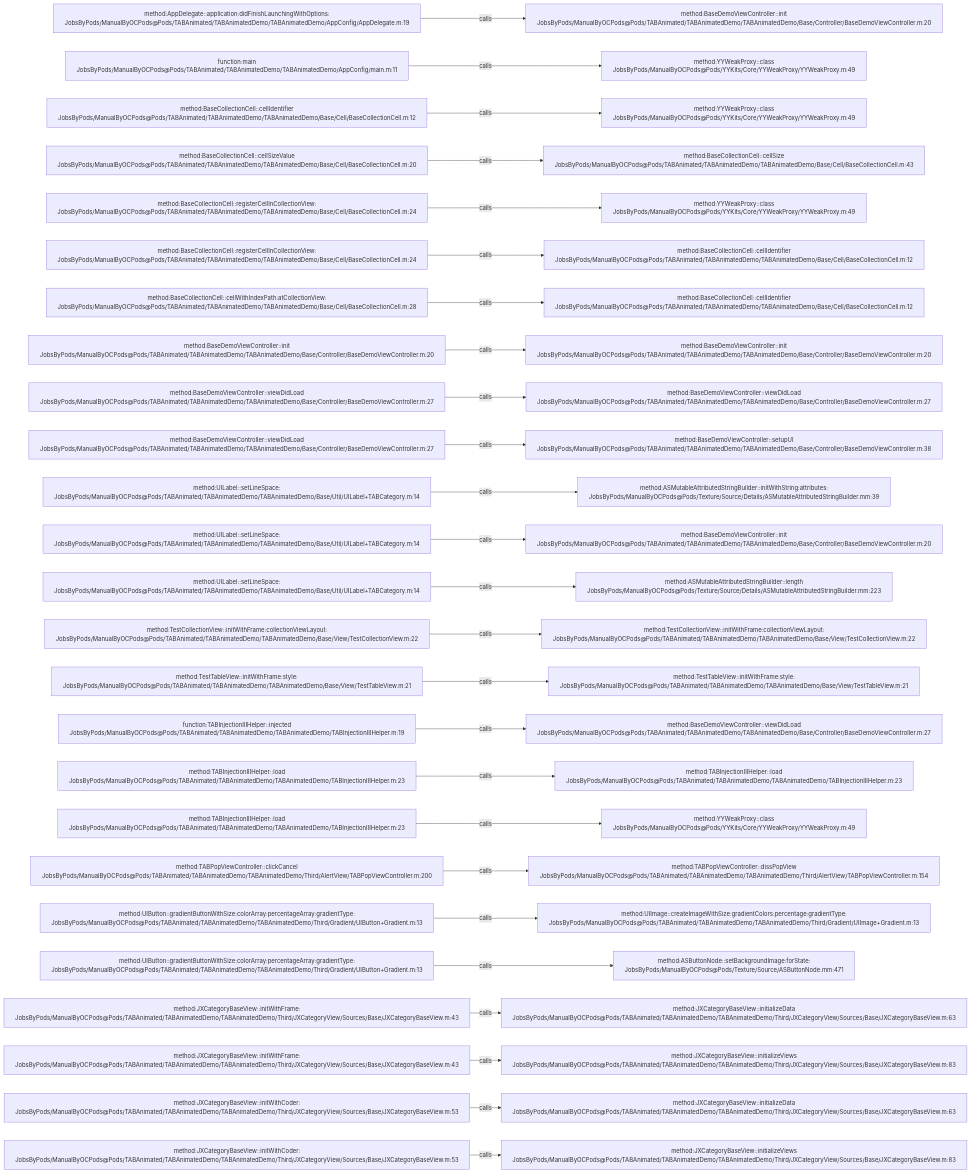
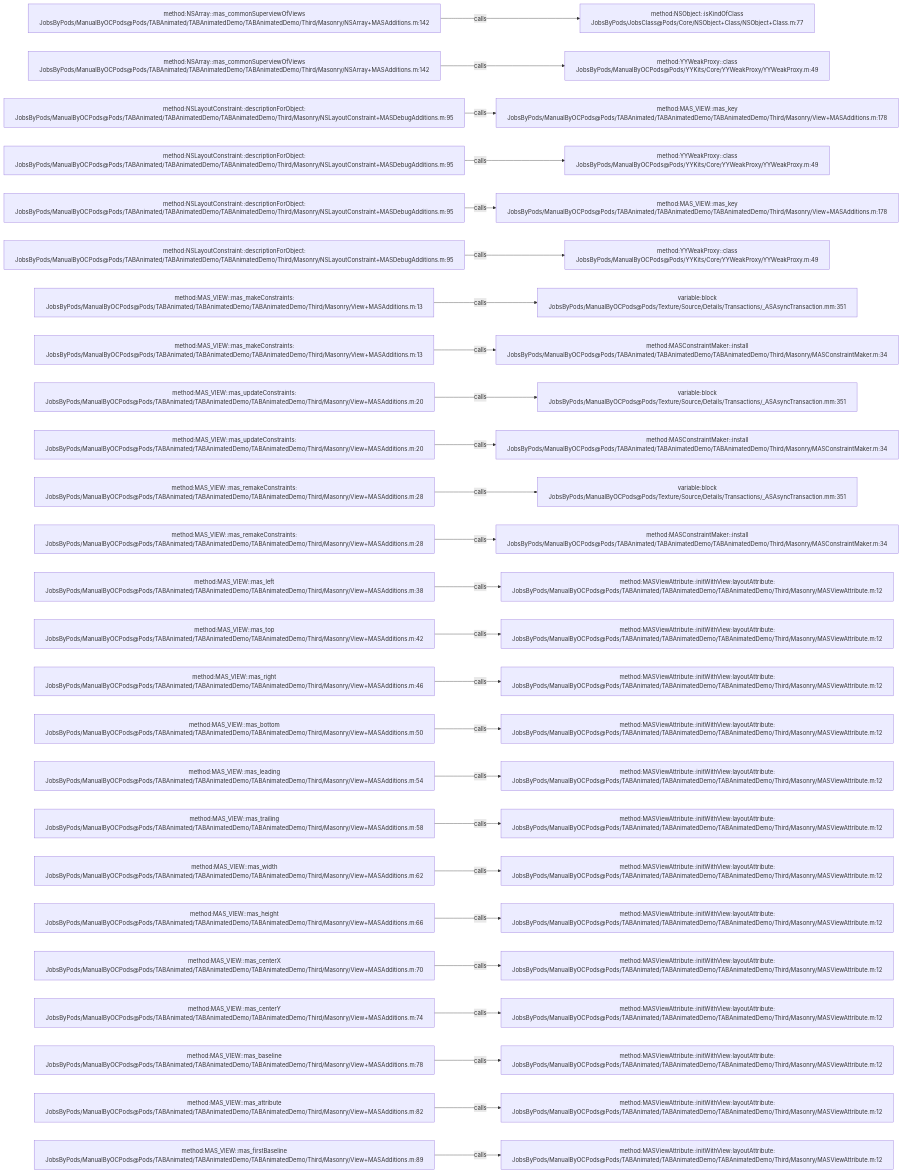
One commit to JobsKits/JobsOCBaseConfigDemo changed the diagram in .codegraph/codegraph.md/graphs/calls-038.md. Above: the diagram before and after it, drawn with Mermaid. The commit also changed 1448 other files, not shown here.

````diff
--- a/.codegraph/codegraph.md/graphs/calls-038.md
+++ b/.codegraph/codegraph.md/graphs/calls-038.md
@@ -13,78 +13,78 @@
 ```mermaid
 flowchart LR
-  S1["method:AppDelegate::application:didFinishLaunchingWithOptions:<br/>JobsByPods/ManualByOCPods@Pods/TABAnimated/TABAnimatedDemo/TABAnimatedDemo/AppConfig/AppDelegate.m:19"]
-  T1["method:BaseDemoViewController::init<br/>JobsByPods/ManualByOCPods@Pods/TABAnimated/TABAnimatedDemo/TABAnimatedDemo/Base/Controller/BaseDemoViewController.m:20"]
+  S1["method:NSArray::mas_commonSuperviewOfViews<br/>JobsByPods/ManualByOCPods@Pods/TABAnimated/TABAnimatedDemo/TABAnimatedDemo/Third/Masonry/NSArray+MASAdditions.m:142"]
+  T1["method:NSObject::isKindOfClass<br/>JobsByPods/JobsClass@Pods/Core/NSObject+Class/NSObject+Class.m:77"]
   S1 -->|calls| T1
-  S2["function:main<br/>JobsByPods/ManualByOCPods@Pods/TABAnimated/TABAnimatedDemo/TABAnimatedDemo/AppConfig/main.m:11"]
+  S2["method:NSArray::mas_commonSuperviewOfViews<br/>JobsByPods/ManualByOCPods@Pods/TABAnimated/TABAnimatedDemo/TABAnimatedDemo/Third/Masonry/NSArray+MASAdditions.m:142"]
   T2["method:YYWeakProxy::class<br/>JobsByPods/ManualByOCPods@Pods/YYKits/Core/YYWeakProxy/YYWeakProxy.m:49"]
   S2 -->|calls| T2
-  S3["method:BaseCollectionCell::cellIdentifier<br/>JobsByPods/ManualByOCPods@Pods/TABAnimated/TABAnimatedDemo/TABAnimatedDemo/Base/Cell/BaseCollectionCell.m:12"]
-  T3["method:YYWeakProxy::class<br/>JobsByPods/ManualByOCPods@Pods/YYKits/Core/YYWeakProxy/YYWeakProxy.m:49"]
+  S3["method:NSLayoutConstraint::descriptionForObject:<br/>JobsByPods/ManualByOCPods@Pods/TABAnimated/TABAnimatedDemo/TABAnimatedDemo/Third/Masonry/NSLayoutConstraint+MASDebugAdditions.m:95"]
+  T3["method:MAS_VIEW::mas_key<br/>JobsByPods/ManualByOCPods@Pods/TABAnimated/TABAnimatedDemo/TABAnimatedDemo/Third/Masonry/View+MASAdditions.m:178"]
   S3 -->|calls| T3
-  S4["method:BaseCollectionCell::cellSizeValue<br/>JobsByPods/ManualByOCPods@Pods/TABAnimated/TABAnimatedDemo/TABAnimatedDemo/Base/Cell/BaseCollectionCell.m:20"]
-  T4["method:BaseCollectionCell::cellSize<br/>JobsByPods/ManualByOCPods@Pods/TABAnimated/TABAnimatedDemo/TABAnimatedDemo/Base/Cell/BaseCollectionCell.m:43"]
+  S4["method:NSLayoutConstraint::descriptionForObject:<br/>JobsByPods/ManualByOCPods@Pods/TABAnimated/TABAnimatedDemo/TABAnimatedDemo/Third/Masonry/NSLayoutConstraint+MASDebugAdditions.m:95"]
+  T4["method:YYWeakProxy::class<br/>JobsByPods/ManualByOCPods@Pods/YYKits/Core/YYWeakProxy/YYWeakProxy.m:49"]
   S4 -->|calls| T4
-  S5["method:BaseCollectionCell::registerCellInCollectionView:<br/>JobsByPods/ManualByOCPods@Pods/TABAnimated/TABAnimatedDemo/TABAnimatedDemo/Base/Cell/BaseCollectionCell.m:24"]
-  T5["method:YYWeakProxy::class<br/>JobsByPods/ManualByOCPods@Pods/YYKits/Core/YYWeakProxy/YYWeakProxy.m:49"]
+  S5["method:NSLayoutConstraint::descriptionForObject:<br/>JobsByPods/ManualByOCPods@Pods/TABAnimated/TABAnimatedDemo/TABAnimatedDemo/Third/Masonry/NSLayoutConstraint+MASDebugAdditions.m:95"]
+  T5["method:MAS_VIEW::mas_key<br/>JobsByPods/ManualByOCPods@Pods/TABAnimated/TABAnimatedDemo/TABAnimatedDemo/Third/Masonry/View+MASAdditions.m:178"]
   S5 -->|calls| T5
-  S6["method:BaseCollectionCell::registerCellInCollectionView:<br/>JobsByPods/ManualByOCPods@Pods/TABAnimated/TABAnimatedDemo/TABAnimatedDemo/Base/Cell/BaseCollectionCell.m:24"]
-  T6["method:BaseCollectionCell::cellIdentifier<br/>JobsByPods/ManualByOCPods@Pods/TABAnimated/TABAnimatedDemo/TABAnimatedDemo/Base/Cell/BaseCollectionCell.m:12"]
+  S6["method:NSLayoutConstraint::descriptionForObject:<br/>JobsByPods/ManualByOCPods@Pods/TABAnimated/TABAnimatedDemo/TABAnimatedDemo/Third/Masonry/NSLayoutConstraint+MASDebugAdditions.m:95"]
+  T6["method:YYWeakProxy::class<br/>JobsByPods/ManualByOCPods@Pods/YYKits/Core/YYWeakProxy/YYWeakProxy.m:49"]
   S6 -->|calls| T6
-  S7["method:BaseCollectionCell::cellWithIndexPath:atCollectionView:<br/>JobsByPods/ManualByOCPods@Pods/TABAnimated/TABAnimatedDemo/TABAnimatedDemo/Base/Cell/BaseCollectionCell.m:28"]
-  T7["method:BaseCollectionCell::cellIdentifier<br/>JobsByPods/ManualByOCPods@Pods/TABAnimated/TABAnimatedDemo/TABAnimatedDemo/Base/Cell/BaseCollectionCell.m:12"]
+  S7["method:MAS_VIEW::mas_makeConstraints:<br/>JobsByPods/ManualByOCPods@Pods/TABAnimated/TABAnimatedDemo/TABAnimatedDemo/Third/Masonry/View+MASAdditions.m:13"]
+  T7["variable:block<br/>JobsByPods/ManualByOCPods@Pods/Texture/Source/Details/Transactions/_ASAsyncTransaction.mm:351"]
   S7 -->|calls| T7
-  S8["method:BaseDemoViewController::init<br/>JobsByPods/ManualByOCPods@Pods/TABAnimated/TABAnimatedDemo/TABAnimatedDemo/Base/Controller/BaseDemoViewController.m:20"]
-  T8["method:BaseDemoViewController::init<br/>JobsByPods/ManualByOCPods@Pods/TABAnimated/TABAnimatedDemo/TABAnimatedDemo/Base/Controller/BaseDemoViewController.m:20"]
+  S8["method:MAS_VIEW::mas_makeConstraints:<br/>JobsByPods/ManualByOCPods@Pods/TABAnimated/TABAnimatedDemo/TABAnimatedDemo/Third/Masonry/View+MASAdditions.m:13"]
+  T8["method:MASConstraintMaker::install<br/>JobsByPods/ManualByOCPods@Pods/TABAnimated/TABAnimatedDemo/TABAnimatedDemo/Third/Masonry/MASConstraintMaker.m:34"]
   S8 -->|calls| T8
-  S9["method:BaseDemoViewController::viewDidLoad<br/>JobsByPods/ManualByOCPods@Pods/TABAnimated/TABAnimatedDemo/TABAnimatedDemo/Base/Controller/BaseDemoViewController.m:27"]
-  T9["method:BaseDemoViewController::viewDidLoad<br/>JobsByPods/ManualByOCPods@Pods/TABAnimated/TABAnimatedDemo/TABAnimatedDemo/Base/Controller/BaseDemoViewController.m:27"]
+  S9["method:MAS_VIEW::mas_updateConstraints:<br/>JobsByPods/ManualByOCPods@Pods/TABAnimated/TABAnimatedDemo/TABAnimatedDemo/Third/Masonry/View+MASAdditions.m:20"]
+  T9["variable:block<br/>JobsByPods/ManualByOCPods@Pods/Texture/Source/Details/Transactions/_ASAsyncTransaction.mm:351"]
   S9 -->|calls| T9
-  S10["method:BaseDemoViewController::viewDidLoad<br/>JobsByPods/ManualByOCPods@Pods/TABAnimated/TABAnimatedDemo/TABAnimatedDemo/Base/Controller/BaseDemoViewController.m:27"]
-  T10["method:BaseDemoViewController::setupUI<br/>JobsByPods/ManualByOCPods@Pods/TABAnimated/TABAnimatedDemo/TABAnimatedDemo/Base/Controller/BaseDemoViewController.m:38"]
+  S10["method:MAS_VIEW::mas_updateConstraints:<br/>JobsByPods/ManualByOCPods@Pods/TABAnimated/TABAnimatedDemo/TABAnimatedDemo/Third/Masonry/View+MASAdditions.m:20"]
+  T10["method:MASConstraintMaker::install<br/>JobsByPods/ManualByOCPods@Pods/TABAnimated/TABAnimatedDemo/TABAnimatedDemo/Third/Masonry/MASConstraintMaker.m:34"]
   S10 -->|calls| T10
-  S11["method:UILabel::setLineSpace:<br/>JobsByPods/ManualByOCPods@Pods/TABAnimated/TABAnimatedDemo/TABAnimatedDemo/Base/Util/UILabel+TABCategory.m:14"]
-  T11["method:ASMutableAttributedStringBuilder::initWithString:attributes:<br/>JobsByPods/ManualByOCPods@Pods/Texture/Source/Details/ASMutableAttributedStringBuilder.mm:39"]
+  S11["method:MAS_VIEW::mas_remakeConstraints:<br/>JobsByPods/ManualByOCPods@Pods/TABAnimated/TABAnimatedDemo/TABAnimatedDemo/Third/Masonry/View+MASAdditions.m:28"]
+  T11["variable:block<br/>JobsByPods/ManualByOCPods@Pods/Texture/Source/Details/Transactions/_ASAsyncTransaction.mm:351"]
   S11 -->|calls| T11
-  S12["method:UILabel::setLineSpace:<br/>JobsByPods/ManualByOCPods@Pods/TABAnimated/TABAnimatedDemo/TABAnimatedDemo/Base/Util/UILabel+TABCategory.m:14"]
-  T12["method:BaseDemoViewController::init<br/>JobsByPods/ManualByOCPods@Pods/TABAnimated/TABAnimatedDemo/TABAnimatedDemo/Base/Controller/BaseDemoViewController.m:20"]
+  S12["method:MAS_VIEW::mas_remakeConstraints:<br/>JobsByPods/ManualByOCPods@Pods/TABAnimated/TABAnimatedDemo/TABAnimatedDemo/Third/Masonry/View+MASAdditions.m:28"]
+  T12["method:MASConstraintMaker::install<br/>JobsByPods/ManualByOCPods@Pods/TABAnimated/TABAnimatedDemo/TABAnimatedDemo/Third/Masonry/MASConstraintMaker.m:34"]
   S12 -->|calls| T12
-  S13["method:UILabel::setLineSpace:<br/>JobsByPods/ManualByOCPods@Pods/TABAnimated/TABAnimatedDemo/TABAnimatedDemo/Base/Util/UILabel+TABCategory.m:14"]
-  T13["method:ASMutableAttributedStringBuilder::length<br/>JobsByPods/ManualByOCPods@Pods/Texture/Source/Details/ASMutableAttributedStringBuilder.mm:223"]
+  S13["method:MAS_VIEW::mas_left<br/>JobsByPods/ManualByOCPods@Pods/TABAnimated/TABAnimatedDemo/TABAnimatedDemo/Third/Masonry/View+MASAdditions.m:38"]
+  T13["method:MASViewAttribute::initWithView:layoutAttribute:<br/>JobsByPods/ManualByOCPods@Pods/TABAnimated/TABAnimatedDemo/TABAnimatedDemo/Third/Masonry/MASViewAttribute.m:12"]
   S13 -->|calls| T13
-  S14["method:TestCollectionView::initWithFrame:collectionViewLayout:<br/>JobsByPods/ManualByOCPods@Pods/TABAnimated/TABAnimatedDemo/TABAnimatedDemo/Base/View/TestCollectionView.m:22"]
-  T14["method:TestCollectionView::initWithFrame:collectionViewLayout:<br/>JobsByPods/ManualByOCPods@Pods/TABAnimated/TABAnimatedDemo/TABAnimatedDemo/Base/View/TestCollectionView.m:22"]
+  S14["method:MAS_VIEW::mas_top<br/>JobsByPods/ManualByOCPods@Pods/TABAnimated/TABAnimatedDemo/TABAnimatedDemo/Third/Masonry/View+MASAdditions.m:42"]
+  T14["method:MASViewAttribute::initWithView:layoutAttribute:<br/>JobsByPods/ManualByOCPods@Pods/TABAnimated/TABAnimatedDemo/TABAnimatedDemo/Third/Masonry/MASViewAttribute.m:12"]
   S14 -->|calls| T14
-  S15["method:TestTableView::initWithFrame:style:<br/>JobsByPods/ManualByOCPods@Pods/TABAnimated/TABAnimatedDemo/TABAnimatedDemo/Base/View/TestTableView.m:21"]
-  T15["method:TestTableView::initWithFrame:style:<br/>JobsByPods/ManualByOCPods@Pods/TABAnimated/TABAnimatedDemo/TABAnimatedDemo/Base/View/TestTableView.m:21"]
+  S15["method:MAS_VIEW::mas_right<br/>JobsByPods/ManualByOCPods@Pods/TABAnimated/TABAnimatedDemo/TABAnimatedDemo/Third/Masonry/View+MASAdditions.m:46"]
+  T15["method:MASViewAttribute::initWithView:layoutAttribute:<br/>JobsByPods/ManualByOCPods@Pods/TABAnimated/TABAnimatedDemo/TABAnimatedDemo/Third/Masonry/MASViewAttribute.m:12"]
   S15 -->|calls| T15
-  S16["function:TABInjectionIIIHelper::injected<br/>JobsByPods/ManualByOCPods@Pods/TABAnimated/TABAnimatedDemo/TABAnimatedDemo/TABInjectionIIIHelper.m:19"]
-  T16["method:BaseDemoViewController::viewDidLoad<br/>JobsByPods/ManualByOCPods@Pods/TABAnimated/TABAnimatedDemo/TABAnimatedDemo/Base/Controller/BaseDemoViewController.m:27"]
+  S16["method:MAS_VIEW::mas_bottom<br/>JobsByPods/ManualByOCPods@Pods/TABAnimated/TABAnimatedDemo/TABAnimatedDemo/Third/Masonry/View+MASAdditions.m:50"]
+  T16["method:MASViewAttribute::initWithView:layoutAttribute:<br/>JobsByPods/ManualByOCPods@Pods/TABAnimated/TABAnimatedDemo/TABAnimatedDemo/Third/Masonry/MASViewAttribute.m:12"]
   S16 -->|calls| T16
-  S17["method:TABInjectionIIIHelper::load<br/>JobsByPods/ManualByOCPods@Pods/TABAnimated/TABAnimatedDemo/TABAnimatedDemo/TABInjectionIIIHelper.m:23"]
-  T17["method:TABInjectionIIIHelper::load<br/>JobsByPods/ManualByOCPods@Pods/TABAnimated/TABAnimatedDemo/TABAnimatedDemo/TABInjectionIIIHelper.m:23"]
+  S17["method:MAS_VIEW::mas_leading<br/>JobsByPods/ManualByOCPods@Pods/TABAnimated/TABAnimatedDemo/TABAnimatedDemo/Third/Masonry/View+MASAdditions.m:54"]
+  T17["method:MASViewAttribute::initWithView:layoutAttribute:<br/>JobsByPods/ManualByOCPods@Pods/TABAnimated/TABAnimatedDemo/TABAnimatedDemo/Third/Masonry/MASViewAttribute.m:12"]
   S17 -->|calls| T17
-  S18["method:TABInjectionIIIHelper::load<br/>JobsByPods/ManualByOCPods@Pods/TABAnimated/TABAnimatedDemo/TABAnimatedDemo/TABInjectionIIIHelper.m:23"]
-  T18["method:YYWeakProxy::class<br/>JobsByPods/ManualByOCPods@Pods/YYKits/Core/YYWeakProxy/YYWeakProxy.m:49"]
+  S18["method:MAS_VIEW::mas_trailing<br/>JobsByPods/ManualByOCPods@Pods/TABAnimated/TABAnimatedDemo/TABAnimatedDemo/Third/Masonry/View+MASAdditions.m:58"]
+  T18["method:MASViewAttribute::initWithView:layoutAttribute:<br/>JobsByPods/ManualByOCPods@Pods/TABAnimated/TABAnimatedDemo/TABAnimatedDemo/Third/Masonry/MASViewAttribute.m:12"]
   S18 -->|calls| T18
-  S19["method:TABPopViewController::clickCancel<br/>JobsByPods/ManualByOCPods@Pods/TABAnimated/TABAnimatedDemo/TABAnimatedDemo/Third/AlertView/TABPopViewController.m:200"]
-  T19["method:TABPopViewController::dissPopView<br/>JobsByPods/ManualByOCPods@Pods/TABAnimated/TABAnimatedDemo/TABAnimatedDemo/Third/AlertView/TABPopViewController.m:154"]
+  S19["method:MAS_VIEW::mas_width<br/>JobsByPods/ManualByOCPods@Pods/TABAnimated/TABAnimatedDemo/TABAnimatedDemo/Third/Masonry/View+MASAdditions.m:62"]
+  T19["method:MASViewAttribute::initWithView:layoutAttribute:<br/>JobsByPods/ManualByOCPods@Pods/TABAnimated/TABAnimatedDemo/TABAnimatedDemo/Third/Masonry/MASViewAttribute.m:12"]
   S19 -->|calls| T19
-  S20["method:UIButton::gradientButtonWithSize:colorArray:percentageArray:gradientType:<br/>JobsByPods/ManualByOCPods@Pods/TABAnimated/TABAnimatedDemo/TABAnimatedDemo/Third/Gradient/UIButton+Gradient.m:13"]
-  T20["method:UIImage::createImageWithSize:gradientColors:percentage:gradientType:<br/>JobsByPods/ManualByOCPods@Pods/TABAnimated/TABAnimatedDemo/TABAnimatedDemo/Third/Gradient/UIImage+Gradient.m:13"]
+  S20["method:MAS_VIEW::mas_height<br/>JobsByPods/ManualByOCPods@Pods/TABAnimated/TABAnimatedDemo/TABAnimatedDemo/Third/Masonry/View+MASAdditions.m:66"]
+  T20["method:MASViewAttribute::initWithView:layoutAttribute:<br/>JobsByPods/ManualByOCPods@Pods/TABAnimated/TABAnimatedDemo/TABAnimatedDemo/Third/Masonry/MASViewAttribute.m:12"]
   S20 -->|calls| T20
-  S21["method:UIButton::gradientButtonWithSize:colorArray:percentageArray:gradientType:<br/>JobsByPods/ManualByOCPods@Pods/TABAnimated/TABAnimatedDemo/TABAnimatedDemo/Third/Gradient/UIButton+Gradient.m:13"]
-  T21["method:ASButtonNode::setBackgroundImage:forState:<br/>JobsByPods/ManualByOCPods@Pods/Texture/Source/ASButtonNode.mm:471"]
+  S21["method:MAS_VIEW::mas_centerX<br/>JobsByPods/ManualByOCPods@Pods/TABAnimated/TABAnimatedDemo/TABAnimatedDemo/Third/Masonry/View+MASAdditions.m:70"]
+  T21["method:MASViewAttribute::initWithView:layoutAttribute:<br/>JobsByPods/ManualByOCPods@Pods/TABAnimated/TABAnimatedDemo/TABAnimatedDemo/Third/Masonry/MASViewAttribute.m:12"]
   S21 -->|calls| T21
-  S22["method:JXCategoryBaseView::initWithFrame:<br/>JobsByPods/ManualByOCPods@Pods/TABAnimated/TABAnimatedDemo/TABAnimatedDemo/Third/JXCategoryView/Sources/Base/JXCategoryBaseView.m:43"]
-  T22["method:JXCategoryBaseView::initializeData<br/>JobsByPods/ManualByOCPods@Pods/TABAnimated/TABAnimatedDemo/TABAnimatedDemo/Third/JXCategoryView/Sources/Base/JXCategoryBaseView.m:63"]
+  S22["method:MAS_VIEW::mas_centerY<br/>JobsByPods/ManualByOCPods@Pods/TABAnimated/TABAnimatedDemo/TABAnimatedDemo/Third/Masonry/View+MASAdditions.m:74"]
+  T22["method:MASViewAttribute::initWithView:layoutAttribute:<br/>JobsByPods/ManualByOCPods@Pods/TABAnimated/TABAnimatedDemo/TABAnimatedDemo/Third/Masonry/MASViewAttribute.m:12"]
   S22 -->|calls| T22
-  S23["method:JXCategoryBaseView::initWithFrame:<br/>JobsByPods/ManualByOCPods@Pods/TABAnimated/TABAnimatedDemo/TABAnimatedDemo/Third/JXCategoryView/Sources/Base/JXCategoryBaseView.m:43"]
-  T23["method:JXCategoryBaseView::initializeViews<br/>JobsByPods/ManualByOCPods@Pods/TABAnimated/TABAnimatedDemo/TABAnimatedDemo/Third/JXCategoryView/Sources/Base/JXCategoryBaseView.m:83"]
+  S23["method:MAS_VIEW::mas_baseline<br/>JobsByPods/ManualByOCPods@Pods/TABAnimated/TABAnimatedDemo/TABAnimatedDemo/Third/Masonry/View+MASAdditions.m:78"]
+  T23["method:MASViewAttribute::initWithView:layoutAttribute:<br/>JobsByPods/ManualByOCPods@Pods/TABAnimated/TABAnimatedDemo/TABAnimatedDemo/Third/Masonry/MASViewAttribute.m:12"]
   S23 -->|calls| T23
-  S24["method:JXCategoryBaseView::initWithCoder:<br/>JobsByPods/ManualByOCPods@Pods/TABAnimated/TABAnimatedDemo/TABAnimatedDemo/Third/JXCategoryView/Sources/Base/JXCategoryBaseView.m:53"]
-  T24["method:JXCategoryBaseView::initializeData<br/>JobsByPods/ManualByOCPods@Pods/TABAnimated/TABAnimatedDemo/TABAnimatedDemo/Third/JXCategoryView/Sources/Base/JXCategoryBaseView.m:63"]
+  S24["method:MAS_VIEW::mas_attribute<br/>JobsByPods/ManualByOCPods@Pods/TABAnimated/TABAnimatedDemo/TABAnimatedDemo/Third/Masonry/View+MASAdditions.m:82"]
+  T24["method:MASViewAttribute::initWithView:layoutAttribute:<br/>JobsByPods/ManualByOCPods@Pods/TABAnimated/TABAnimatedDemo/TABAnimatedDemo/Third/Masonry/MASViewAttribute.m:12"]
   S24 -->|calls| T24
-  S25["method:JXCategoryBaseView::initWithCoder:<br/>JobsByPods/ManualByOCPods@Pods/TABAnimated/TABAnimatedDemo/TABAnimatedDemo/Third/JXCategoryView/Sources/Base/JXCategoryBaseView.m:53"]
-  T25["method:JXCategoryBaseView::initializeViews<br/>JobsByPods/ManualByOCPods@Pods/TABAnimated/TABAnimatedDemo/TABAnimatedDemo/Third/JXCategoryView/Sources/Base/JXCategoryBaseView.m:83"]
+  S25["method:MAS_VIEW::mas_firstBaseline<br/>JobsByPods/ManualByOCPods@Pods/TABAnimated/TABAnimatedDemo/TABAnimatedDemo/Third/Masonry/View+MASAdditions.m:89"]
+  T25["method:MASViewAttribute::initWithView:layoutAttribute:<br/>JobsByPods/ManualByOCPods@Pods/TABAnimated/TABAnimatedDemo/TABAnimatedDemo/Third/Masonry/MASViewAttribute.m:12"]
   S25 -->|calls| T25
 ```
````
